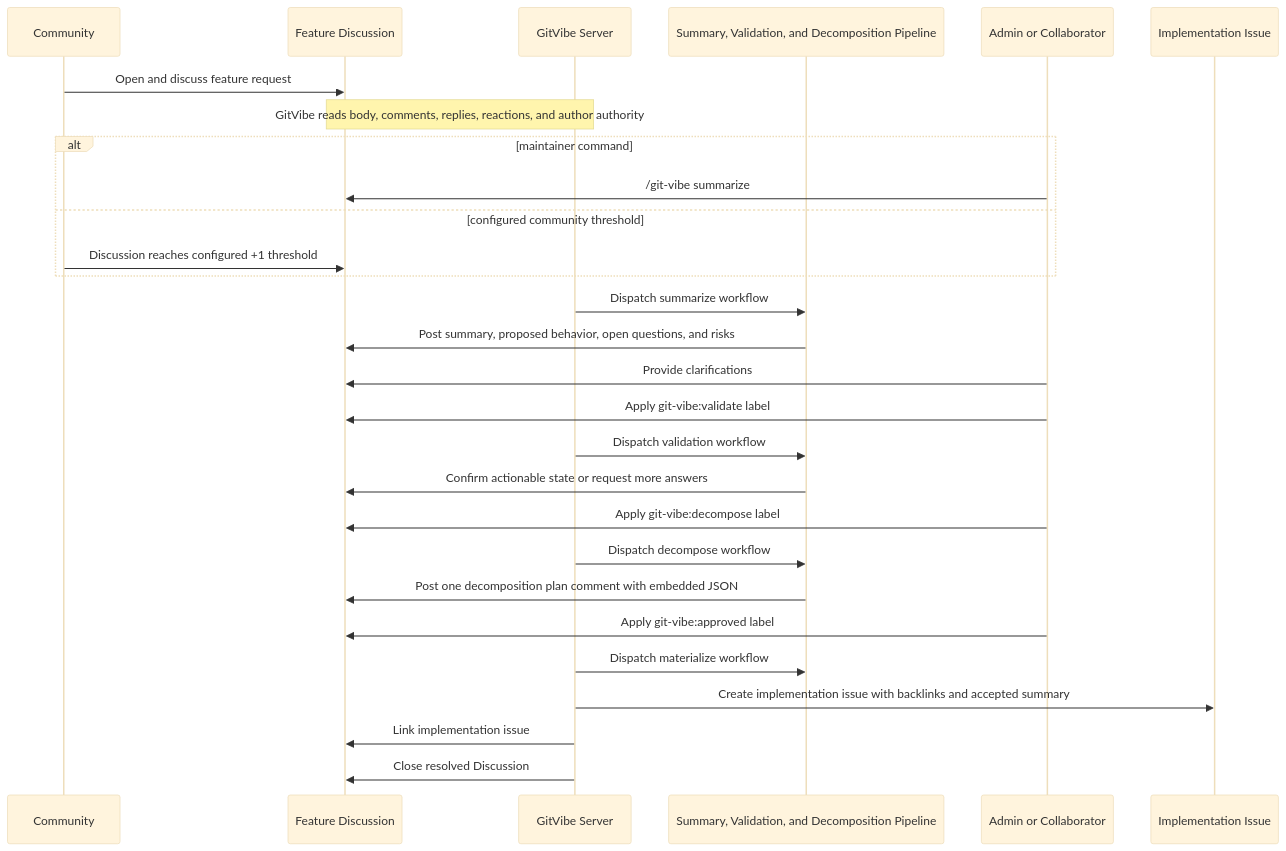
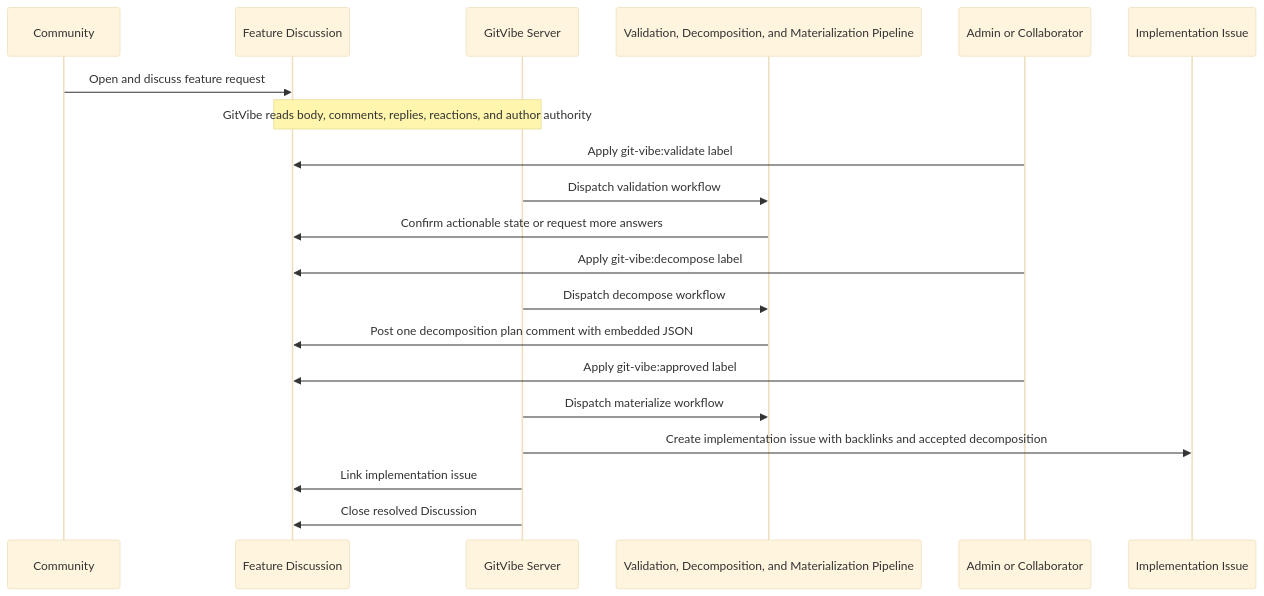
One commit to markhuangai/git-vibe changed the fifth of 6 diagrams in docs/WORKFLOW.md. Above: the diagram before and after it, drawn with Mermaid (base theme). The commit also changed other lines of this file and 45 other files, not shown here.

````diff
--- a/docs/WORKFLOW.md
+++ b/docs/WORKFLOW.md
@@ -333,36 +335,26 @@
 ```mermaid
 sequenceDiagram
   participant Community as Community
   participant Disc as Feature Discussion
   participant App as GitVibe Server
-  participant AI as Summary, Validation, and Decomposition Pipeline
+  participant AI as Validation, Decomposition, and Materialization Pipeline
   participant Maint as Admin or Collaborator
   participant Issue as Implementation Issue
 
   Community->>Disc: Open and discuss feature request
   Note over Disc,App: GitVibe reads body, comments, replies, reactions, and author authority
 
-  alt maintainer command
-    Maint->>Disc: /git-vibe summarize
-  else configured community threshold
-    Community->>Disc: Discussion reaches configured +1 threshold
-  end
-
-  App->>AI: Dispatch summarize workflow
-  AI->>Disc: Post summary, proposed behavior, open questions, and risks
-
-  Maint->>Disc: Provide clarifications
   Maint->>Disc: Apply git-vibe:validate label
   App->>AI: Dispatch validation workflow
   AI->>Disc: Confirm actionable state or request more answers
 
   Maint->>Disc: Apply git-vibe:decompose label
   App->>AI: Dispatch decompose workflow
   AI->>Disc: Post one decomposition plan comment with embedded JSON
 
   Maint->>Disc: Apply git-vibe:approved label
   App->>AI: Dispatch materialize workflow
-  App->>Issue: Create implementation issue with backlinks and accepted summary
+  App->>Issue: Create implementation issue with backlinks and accepted decomposition
   App->>Disc: Link implementation issue
   App->>Disc: Close resolved Discussion
 ```
````
